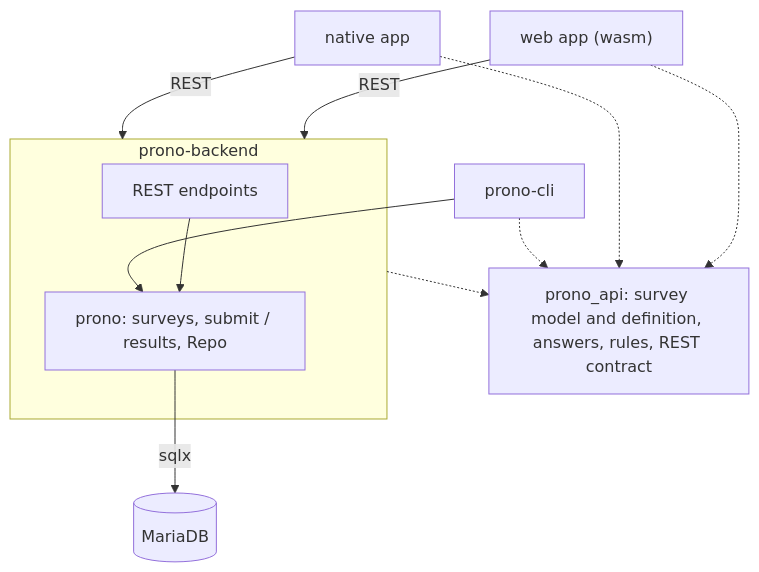
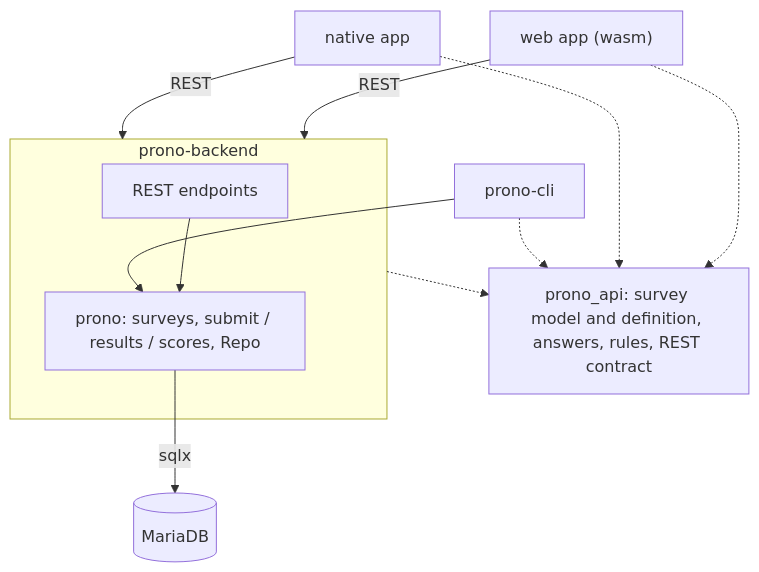
The diagram in README.md (jaques-sam/prono), drawn with Mermaid before and after one commit. The commit also changed other lines of this file and 24 other files, not shown here.

````diff
--- a/README.md
+++ b/README.md
@@ -24,12 +24,12 @@
 ```mermaid
 flowchart TB
     web["web app (wasm)"] -- REST --> backend
     native["native app"] -- REST --> backend
     subgraph backend [prono-backend]
-        rest["REST endpoints"] --> core["prono: surveys, submit / results, Repo"]
+        rest["REST endpoints"] --> core["prono: surveys, submit / results / scores, Repo"]
     end
     cli["prono-cli"] --> core
     core -- sqlx --> db[(MariaDB)]
     api["prono_api: survey model and definition, answers, rules, REST contract"]
     web & native & backend & cli -.-> api
 ```
````
